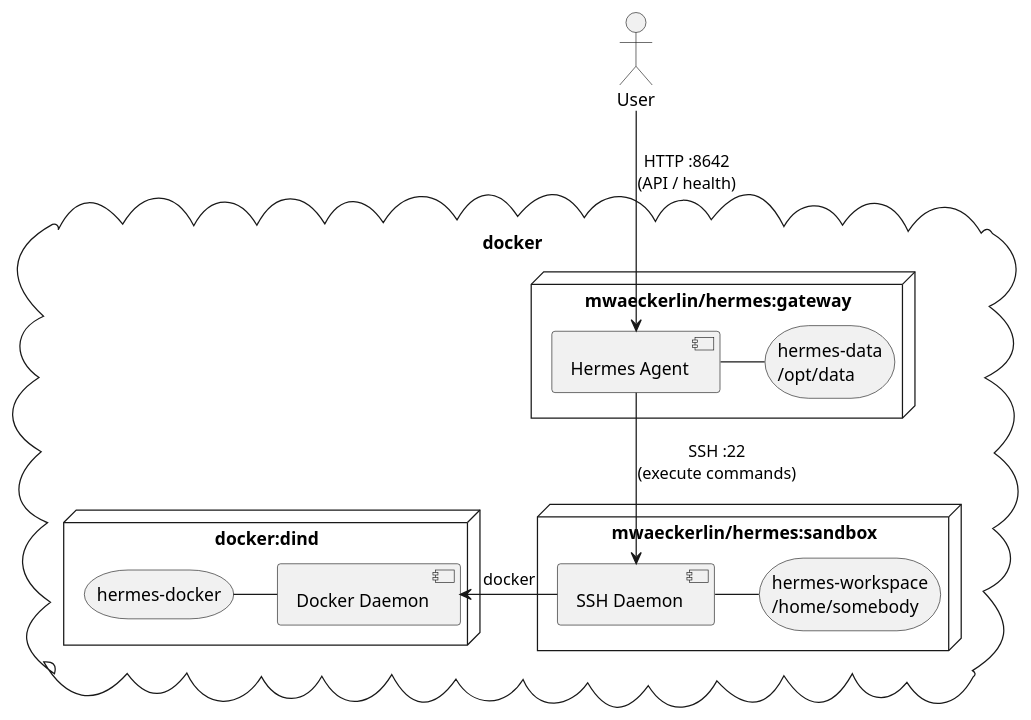
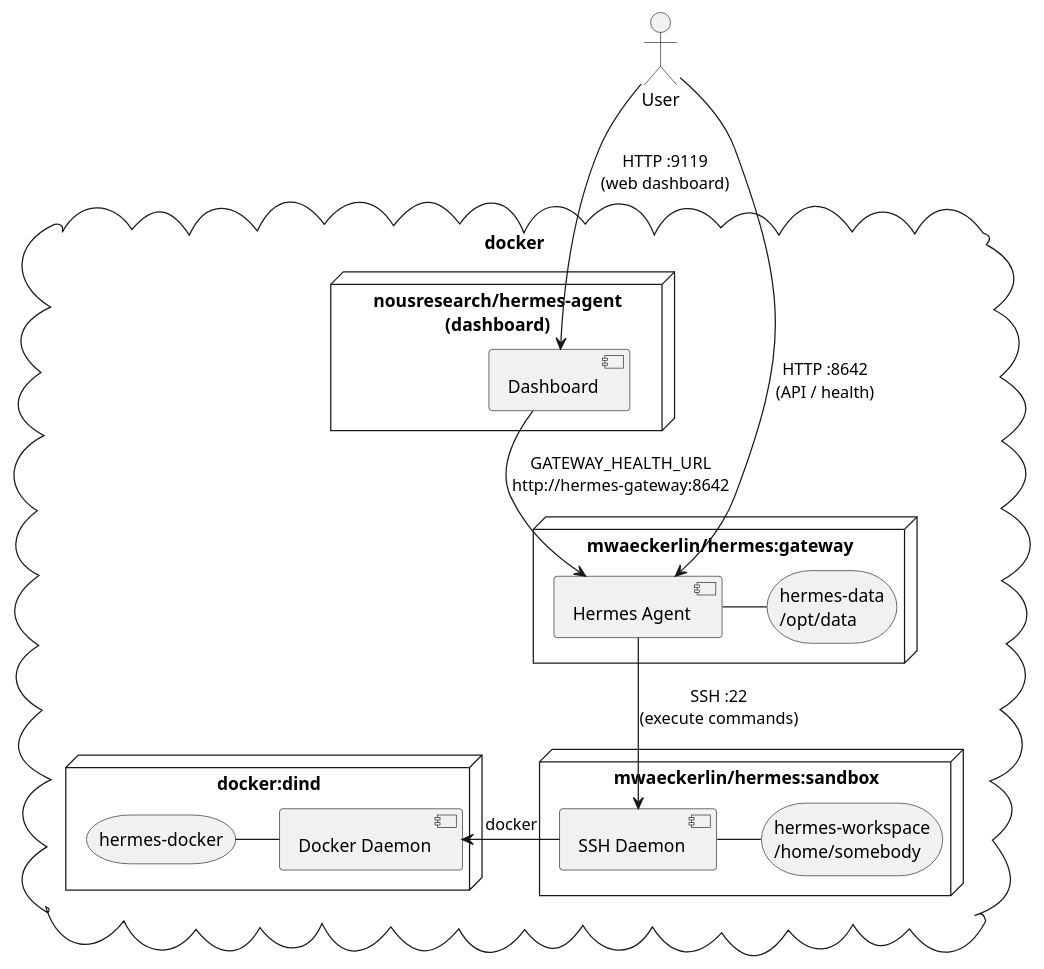
One commit to mwaeckerlin/hermes changed the second of 2 diagrams in README.md. Above: the diagram before and after it, drawn with PlantUML. The commit also changed other lines of this file and 2 other files, not shown here.

First line of the commit message:
fix: simplify secret export, add dashboard service on port 9119

````diff
--- a/README.md
+++ b/README.md
@@ -85,30 +87,36 @@
 ```plantuml
 @startuml architecture
 actor User as user
 
 cloud docker {
 
   node "mwaeckerlin/hermes:gateway" as gw {
     [Hermes Agent] as ctrl
     storage "hermes-data\n/opt/data" as cfg
     ctrl - cfg
+  }
+
+  node "nousresearch/hermes-agent\n(dashboard)" as dash {
+    [Dashboard] as ui
   }
 
   node "mwaeckerlin/hermes:sandbox" as sb {
     [SSH Daemon] as sshd
     storage "hermes-workspace\n/home/somebody" as ws
     sshd -right- ws
   }
 
   node "docker:dind" as dind {
     [Docker Daemon] as dd
     storage "hermes-docker" as dv
     dd -left- dv
   }
 }
 
 user --> ctrl : "HTTP :8642\n(API / health)"
+user --> ui : "HTTP :9119\n(web dashboard)"
+ui --> ctrl : "GATEWAY_HEALTH_URL\nhttp://hermes-gateway:8642"
 ctrl --> sshd : "SSH :22\n(execute commands)"
 sshd -left-> dd : docker
 @enduml
 ```
````
